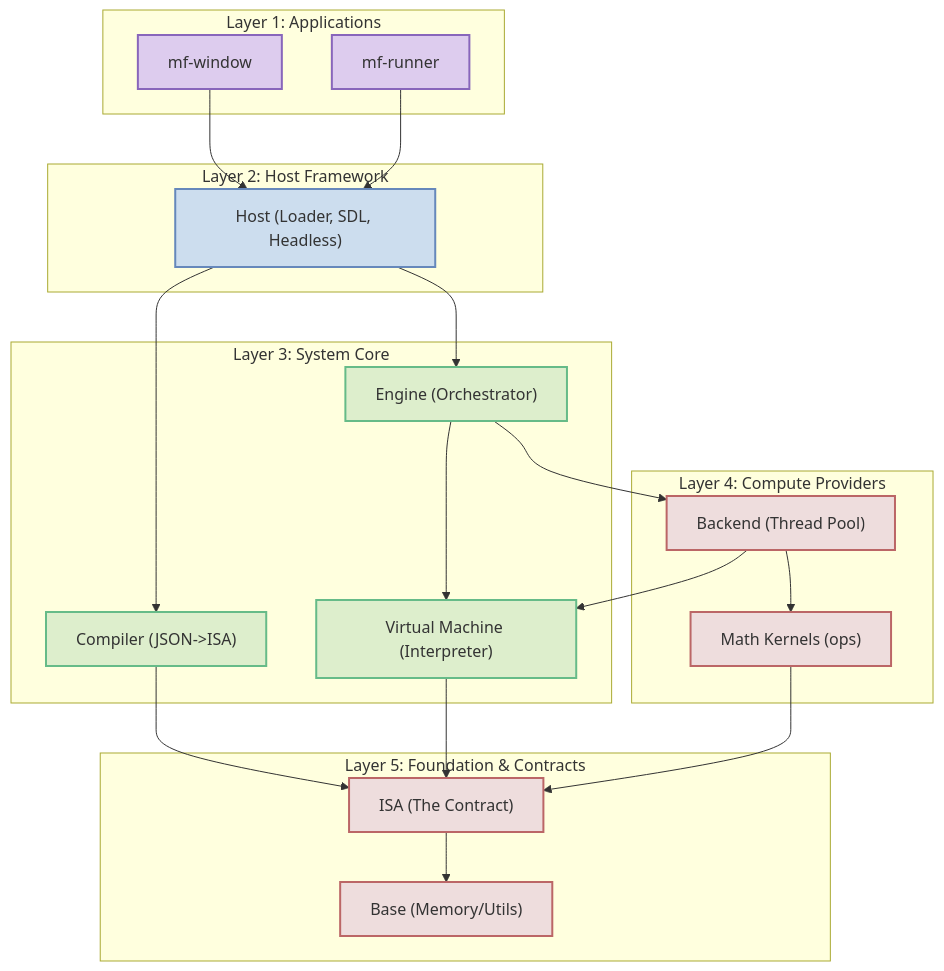
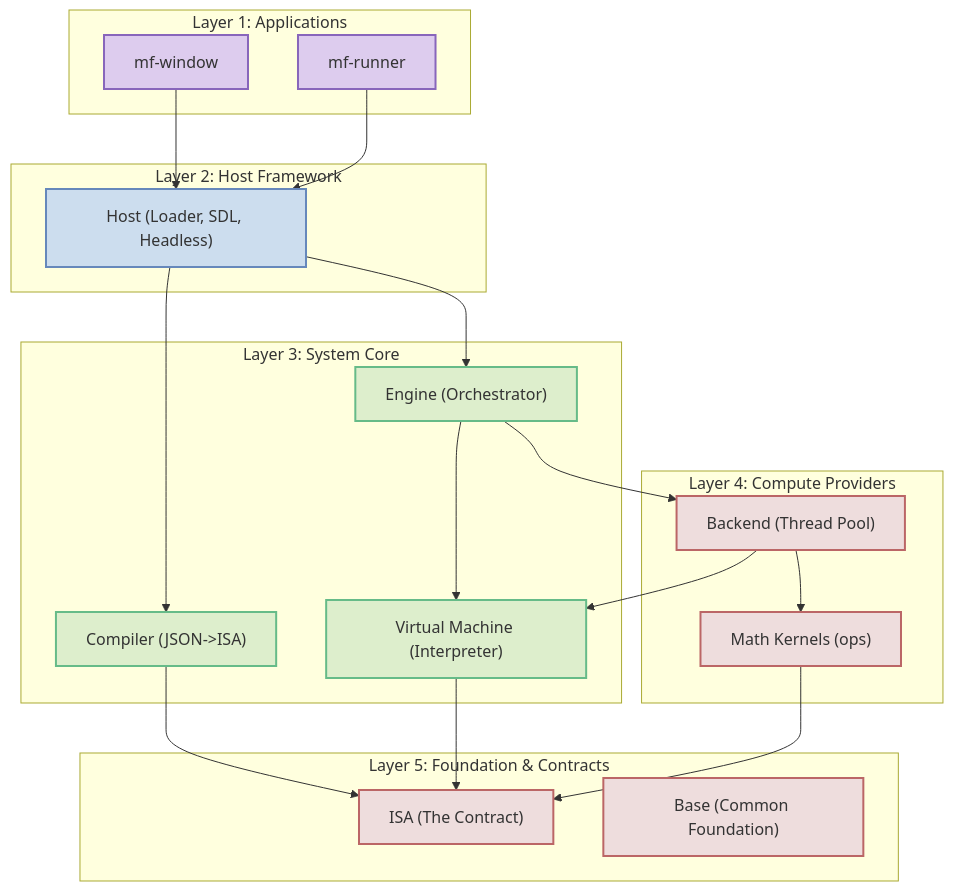
One commit to BinaryCat17/MathFlow changed the second of 2 diagrams in docs/architecture.md. Above: the diagram before and after it, drawn with Mermaid.

Commit message:
Docs: Decouple Base in architecture diagram (implied common dependency).

````diff
--- a/docs/architecture.md
+++ b/docs/architecture.md
@@ -96,58 +96,57 @@
 ```mermaid
 graph TD
     %% Styles
     classDef layerApp fill:#dce,stroke:#86b,stroke-width:2px;
     classDef layerHost fill:#cde,stroke:#68b,stroke-width:2px;
     classDef layerCore fill:#dec,stroke:#6b8,stroke-width:2px;
     classDef layerBase fill:#edd,stroke:#b66,stroke-width:2px;
 
     %% Layer 1: Apps (Executables)
     subgraph L1 ["Layer 1: Applications"]
         App_GUI["mf-window"]:::layerApp
         App_CLI["mf-runner"]:::layerApp
     end
 
     %% Layer 2: Host (Integration Library)
     subgraph L2 ["Layer 2: Host Framework"]
         Host["Host (Loader, SDL, Headless)"]:::layerHost
     end
 
     %% Layer 3: Core (Logic)
     subgraph L3 ["Layer 3: System Core"]
         Engine["Engine (Orchestrator)"]:::layerCore
         Compiler["Compiler (JSON->ISA)"]:::layerCore
         VM["Virtual Machine (Interpreter)"]:::layerCore
     end
 
     %% Layer 4: Compute (Execution)
     subgraph L4 ["Layer 4: Compute Providers"]
         Backend["Backend (Thread Pool)"]:::layerBase
         Ops["Math Kernels (ops)"]:::layerBase
     end
 
     %% Layer 5: Contracts
     subgraph L5 ["Layer 5: Foundation & Contracts"]
         ISA["ISA (The Contract)"]:::layerBase
-        Base["Base (Memory/Utils)"]:::layerBase
+        Base["Base (Common Foundation)"]:::layerBase
     end
 
     %% Dependencies (Build Time)
     App_GUI --> Host
     App_CLI --> Host
     
     Host --> Engine
     Host --> Compiler
     
     Engine --> VM
     Engine --> Backend
     
     Backend --> VM
     Backend --> Ops
     
     Compiler --> ISA
     VM --> ISA
     Ops --> ISA
     
-    %% Base is implicit foundation
-    ISA --> Base
+    %% Base is implicit dependency for ALL modules
 ```
````
